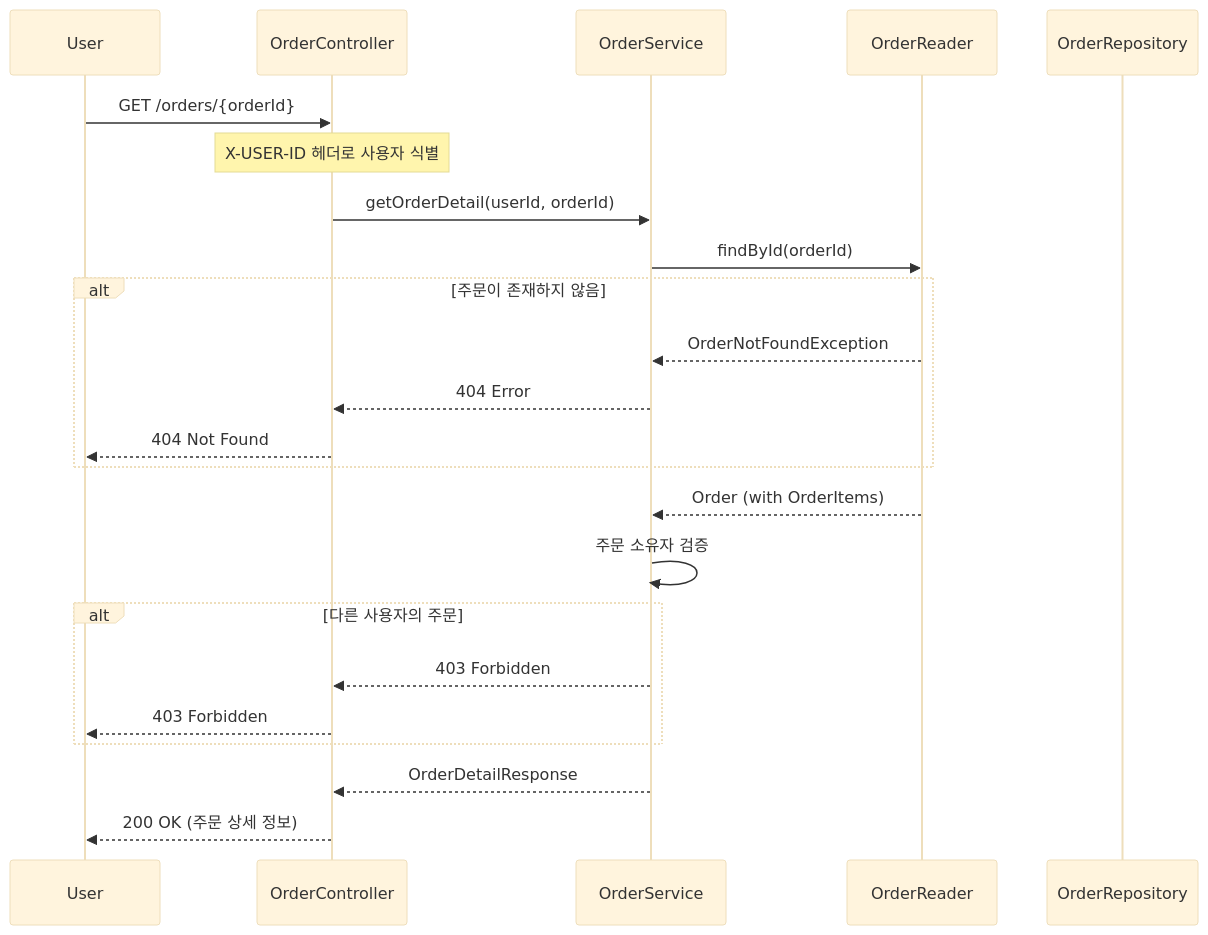
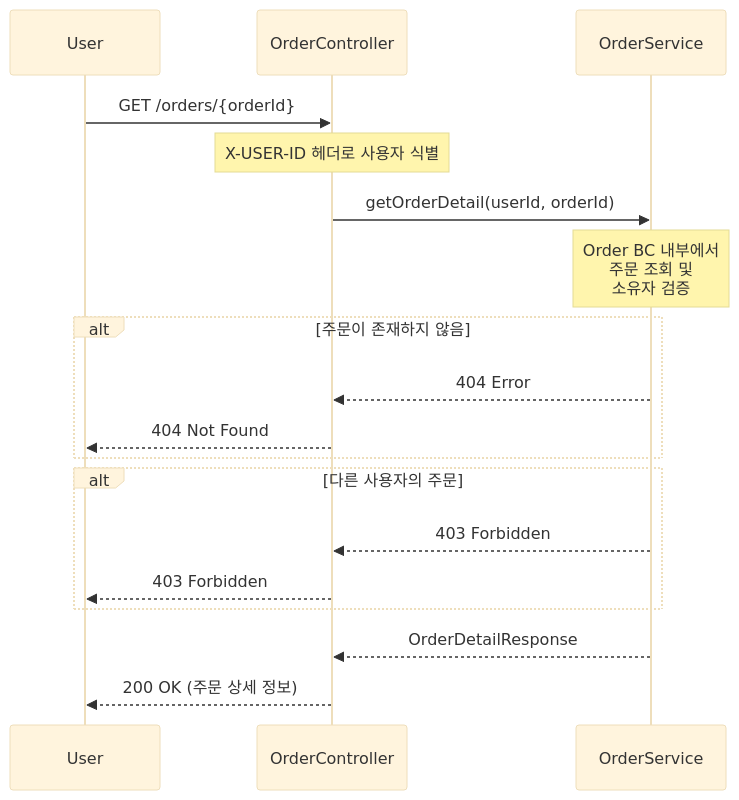
The fifth of 5 diagrams in .docs/design/02-sequence-diagrams.md (Loopers-dev-lab/loopers-spring-kotlin-template), drawn with Mermaid (base theme) before and after one commit. The commit also changed other lines of this file, not shown here.

Commit message:
fix: Repository 를 시퀀스 다이어그램 표현에서 배제

````diff
--- a/.docs/design/02-sequence-diagrams.md
+++ b/.docs/design/02-sequence-diagrams.md
@@ -242,31 +217,26 @@
 ```mermaid
 sequenceDiagram
     participant User
     participant OrderController
     participant OrderService
-    participant OrderReader
-    participant OrderRepository
 
     User->>OrderController: GET /orders/{orderId}
     Note over OrderController: X-USER-ID 헤더로 사용자 식별
 
     OrderController->>OrderService: getOrderDetail(userId, orderId)
 
-    OrderService->>OrderReader: findById(orderId)
+    Note over OrderService: Order BC 내부에서<br/>주문 조회 및<br/>소유자 검증
+
     alt 주문이 존재하지 않음
-        OrderReader-->>OrderService: OrderNotFoundException
         OrderService-->>OrderController: 404 Error
         OrderController-->>User: 404 Not Found
     end
 
-    OrderReader-->>OrderService: Order (with OrderItems)
-
-    OrderService->>OrderService: 주문 소유자 검증
     alt 다른 사용자의 주문
         OrderService-->>OrderController: 403 Forbidden
         OrderController-->>User: 403 Forbidden
     end
 
     OrderService-->>OrderController: OrderDetailResponse
     OrderController-->>User: 200 OK (주문 상세 정보)
 ```
````
